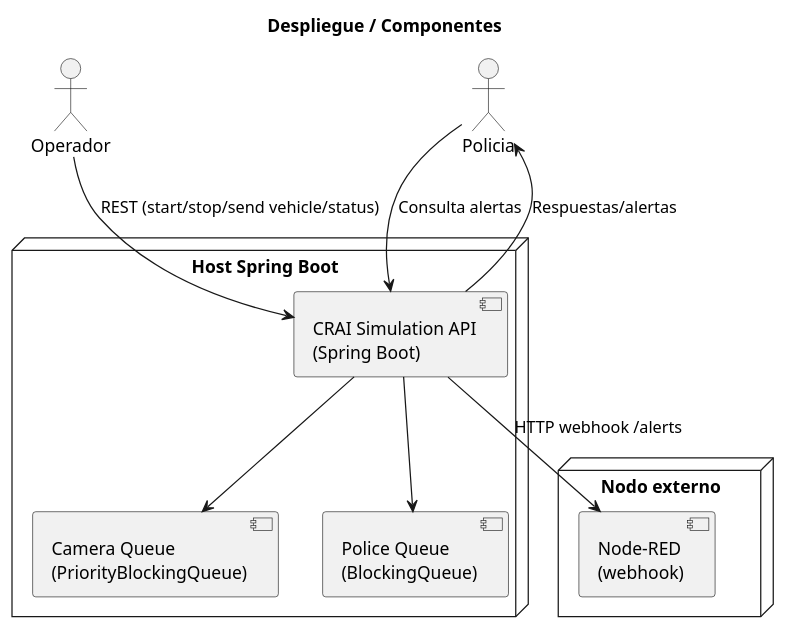
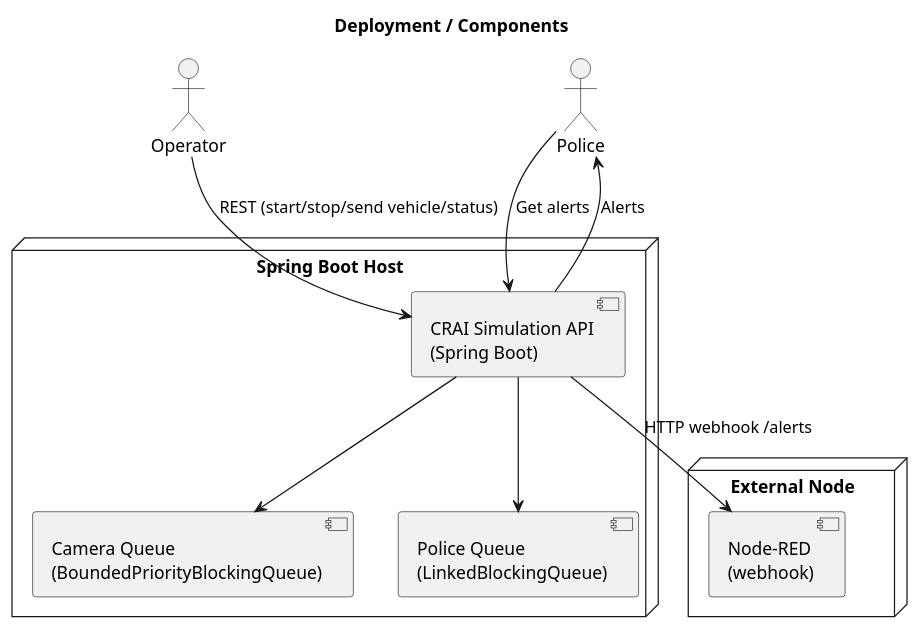
The diagram in os/docs/deployment.puml (IbaiZJ/CRAI), drawn with PlantUML before and after one commit. The commit also changed 3 other files, not shown here.

Commit message:
refactor: update class and deployment diagrams for consistency and clarity, enhance use case descriptions

```diff
--- a/os/docs/deployment.puml
+++ b/os/docs/deployment.puml
@@ -1,21 +1,21 @@
 @startuml Deployment
-title Despliegue / Componentes
-node "Host Spring Boot" {
+title Deployment / Components
+node "Spring Boot Host" {
   component "CRAI Simulation API\n(Spring Boot)" as Api
-  component "Camera Queue\n(PriorityBlockingQueue)" as CamQ
-  component "Police Queue\n(BlockingQueue)" as PolQ
+  component "Camera Queue\n(BoundedPriorityBlockingQueue)" as CamQ
+  component "Police Queue\n(LinkedBlockingQueue)" as PolQ
 }
 
-node "Nodo externo" {
+node "External Node" {
   component "Node-RED\n(webhook)" as NR
 }
 
 Api --> CamQ
 Api --> PolQ
 Api --> NR : HTTP webhook /alerts
-actor Operador
-Operador --> Api : REST (start/stop/send vehicle/status)
-actor Policia
-Policia --> Api : Consulta alertas
-Api --> Policia : Respuestas/alertas
+actor Operator
+Operator --> Api : REST (start/stop/send vehicle/status)
+actor Police
+Police --> Api : Get alerts
+Api --> Police : Alerts
 @enduml
```
